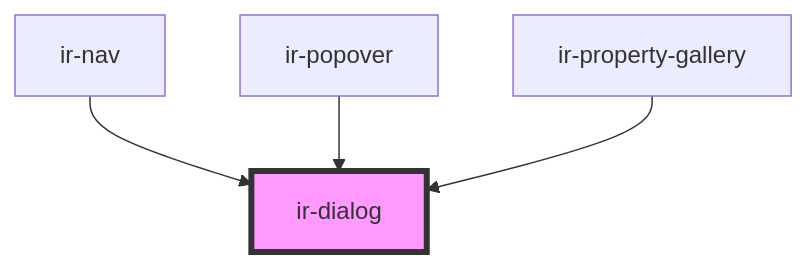
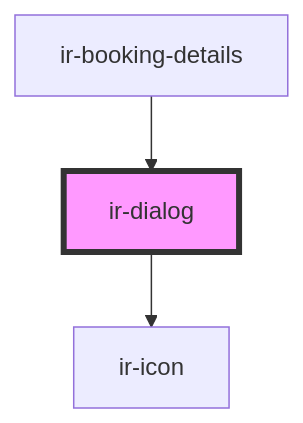
Before and after one commit to David1Chowaifaty/modified-ir-webcmp: the diagram in src/components/ir-dialog/readme.md, drawn with Mermaid. The commit also changed other lines of this file and 5 other files, not shown here.

````diff
--- a/src/components/ir-dialog/readme.md
+++ b/src/components/ir-dialog/readme.md
@@ -47,7 +56,6 @@
 ```mermaid
 graph TD;
-  ir-nav --> ir-dialog
-  ir-popover --> ir-dialog
-  ir-property-gallery --> ir-dialog
+  ir-dialog --> ir-icon
+  ir-booking-details --> ir-dialog
   style ir-dialog fill:#f9f,stroke:#333,stroke-width:4px
 ```
````
